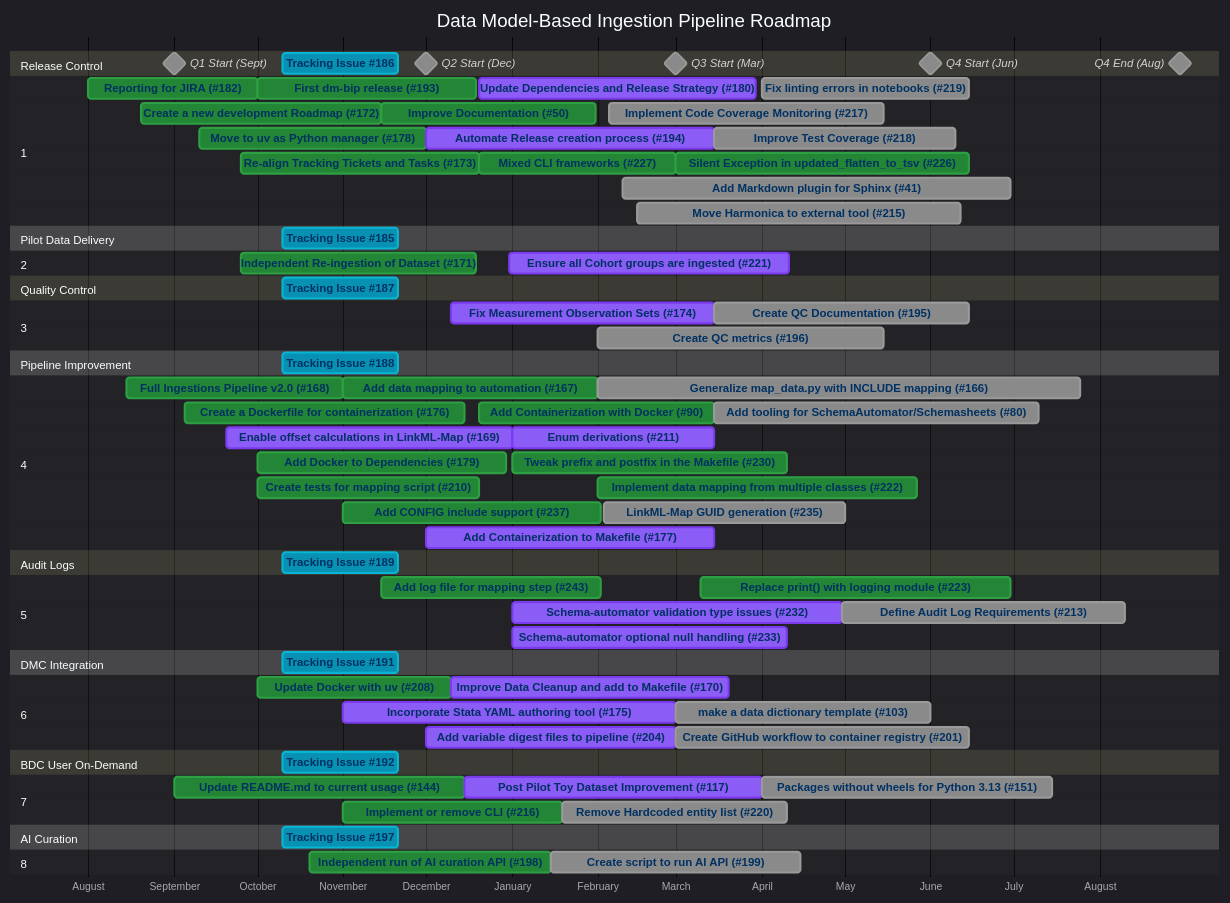
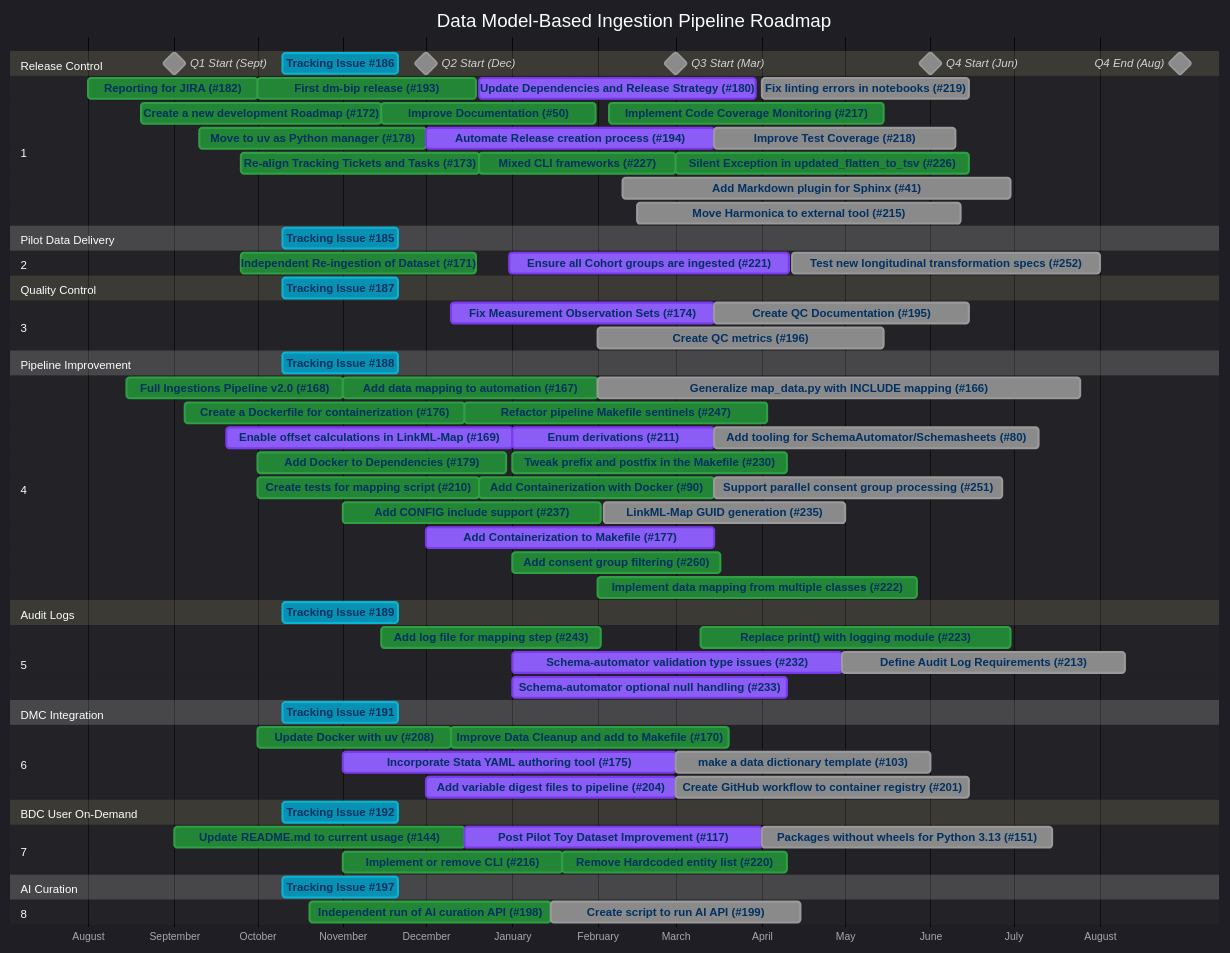
One commit to linkml/dm-bip changed the diagram in DEVELOPMENT.md. Above: the diagram before and after it, drawn with Mermaid. The commit also changed other lines of this file and 1 other file, not shown here.

Commit message:
Sync roadmap with GitHub issues (late Feb 2026)

```diff
--- a/DEVELOPMENT.md
+++ b/DEVELOPMENT.md
@@ -46,7 +46,7 @@
     Improve Documentation (#50)                         :done, i50, 2025-11-15, 2026-01-31
     Add Markdown plugin for Sphinx (#41)                :i41, 2026-02-10, 2026-06-30
     Move Harmonica to external tool (#215)              :i215, 2026-02-15, 2026-06-12
-    Implement Code Coverage Monitoring (#217)           :i217, 2026-02-05, 2026-05-15
+    Implement Code Coverage Monitoring (#217)           :done, i217, 2026-02-05, 2026-05-15
     Improve Test Coverage (#218)                        :i218, 2026-03-15, 2026-06-10
     Fix linting errors in notebooks (#219)              :i219, 2026-04-01, 2026-06-15
     Silent Exception in updated_flatten_to_tsv (#226)   :done, i226, 2026-03-01, 2026-06-15
@@ -58,6 +58,7 @@
     section 2 
     Independent Re-ingestion of Dataset (#171)          :done, i171, 2025-09-25, 2025-12-19
     Ensure all Cohort groups are ingested (#221)        :active, i221, 2025-12-31, 2026-04-11
+    Test new longitudinal transformation specs (#252)  :i252, 2026-04-12, 2026-08-01
 
     section Quality Control 
     Tracking Issue #187                     :crit, t187,2025-10-10, 6w
@@ -86,6 +87,9 @@
     Tweak prefix and postfix in the Makefile (#230)     :done, i230, 2026-01-01, 2026-04-10
     Add CONFIG include support (#237)                   :done, i237, 2025-11-01, 2026-02-02
     LinkML-Map GUID generation (#235)                   :i235, 2026-02-03, 2026-05-01
+    Refactor pipeline Makefile sentinels (#247)         :done, i247, 2025-12-15, 2026-04-03
+    Add consent group filtering (#260)                  :done, i260, 2026-01-01, 2026-03-17
+    Support parallel consent group processing (#251)    :i251, 2026-03-15, 2026-06-27
 
     section Audit Logs
     Tracking Issue #189                     :crit, t189, 2025-10-10, 6w
@@ -102,7 +106,7 @@
 
     section 6 
     Incorporate Stata YAML authoring tool (#175)        :active, i175, 2025-11-01, 2026-03-01
-    Improve Data Cleanup and add to Makefile (#170)     :active, i170, 2025-12-10, 2026-03-20
+    Improve Data Cleanup and add to Makefile (#170)     :done, i170, 2025-12-10, 2026-03-20
     Add variable digest files to pipeline (#204)        :active, i204, 2025-12-01, 2026-03-01
     make a data dictionary template (#103)              :i103, 2026-03-01, 2026-06-01
     Create GitHub workflow to container registry (#201) :i201, 2026-03-01, 2026-06-15
@@ -116,7 +120,7 @@
     Post Pilot Toy Dataset Improvement (#117)           :active, i117, 2025-12-15, 2026-04-01
     Packages without wheels for Python 3.13 (#151)      :i151, 2026-04-01, 2026-07-15
     Implement or remove CLI (#216)                     :done, i216, 2025-11-01, 2026-01-19
-    Remove Hardcoded entity list (#220)                :i220, 2026-01-19, 2026-04-10
+    Remove Hardcoded entity list (#220)                :done, i220, 2026-01-19, 2026-04-10
 
     section AI Curation
     Tracking Issue #197                     :crit, t197, 2025-10-10, 6w
@@ -186,6 +190,10 @@
     click i235 href "https://github.com/linkml/dm-bip/issues/235"
     click i237 href "https://github.com/linkml/dm-bip/issues/237"
     click i243 href "https://github.com/linkml/dm-bip/issues/243"
+    click i247 href "https://github.com/linkml/dm-bip/issues/247"
+    click i251 href "https://github.com/linkml/dm-bip/issues/251"
+    click i252 href "https://github.com/linkml/dm-bip/issues/252"
+    click i260 href "https://github.com/linkml/dm-bip/issues/260"
 
     axisFormat %B
     tickInterval 1month
```
